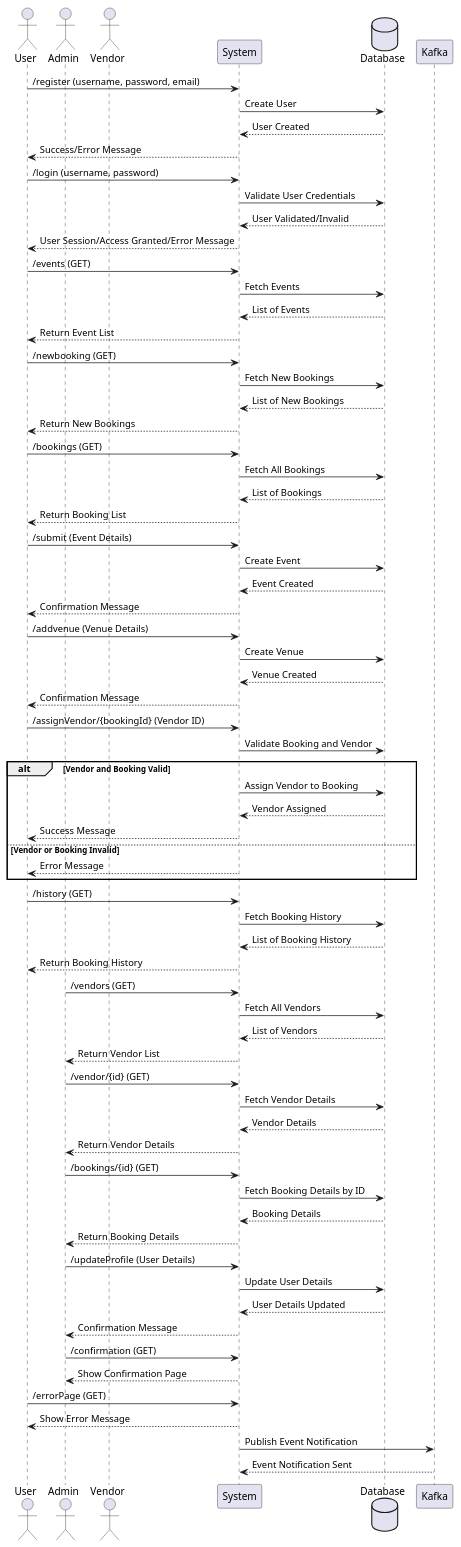
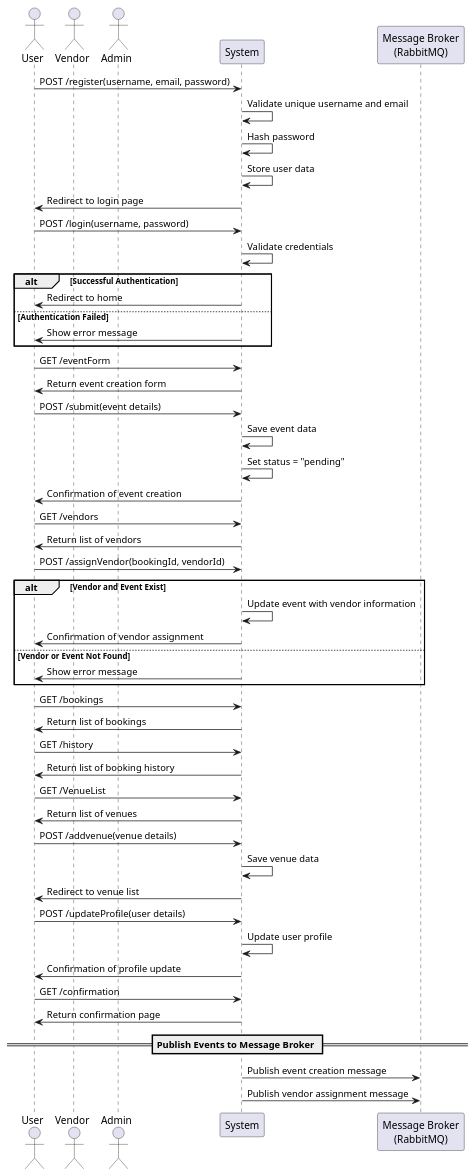
The diagram in design_document/Capstone-project.md (chandrakiran428/Capstone-project), drawn with PlantUML before and after one commit. The commit also changed other lines of this file, not shown here.

````diff
--- a/design_document/Capstone-project.md
+++ b/design_document/Capstone-project.md
@@ -63,90 +68,67 @@
 ```plantuml
 @startuml
 actor User
+actor Vendor
 actor Admin
-actor Vendor
-participant "System" as System
-database "Database" as DB
-participant "Kafka" as Kafka
+participant System
+participant "Message Broker\n(RabbitMQ)" as Broker
 
-User -> System : /register (username, password, email)
-System -> DB : Create User
-DB --> System : User Created
-System --> User : Success/Error Message
+User -> System : POST /register(username, email, password)
+System -> System : Validate unique username and email
+System -> System : Hash password
+System -> System : Store user data
+System -> User : Redirect to login page
 
-User -> System : /login (username, password)
-System -> DB : Validate User Credentials
-DB --> System : User Validated/Invalid
-System --> User : User Session/Access Granted/Error Message
-
-User -> System : /events (GET)
-System -> DB : Fetch Events
-DB --> System : List of Events
-System --> User : Return Event List
-
-User -> System : /newbooking (GET)
-System -> DB : Fetch New Bookings
-DB --> System : List of New Bookings
-System --> User : Return New Bookings
-
-User -> System : /bookings (GET)
-System -> DB : Fetch All Bookings
-DB --> System : List of Bookings
-System --> User : Return Booking List
-
-User -> System : /submit (Event Details)
-System -> DB : Create Event
-DB --> System : Event Created
-System --> User : Confirmation Message
-
-User -> System : /addvenue (Venue Details)
-System -> DB : Create Venue
-DB --> System : Venue Created
-System --> User : Confirmation Message
-
-User -> System : /assignVendor/{bookingId} (Vendor ID)
-System -> DB : Validate Booking and Vendor
-alt Vendor and Booking Valid
-    System -> DB : Assign Vendor to Booking
-    DB --> System : Vendor Assigned
-    System --> User : Success Message
-else Vendor or Booking Invalid
-    System --> User : Error Message
+User -> System : POST /login(username, password)
+System -> System : Validate credentials
+alt Successful Authentication
+    System -> User : Redirect to home
+else Authentication Failed
+    System -> User : Show error message
 end
 
-User -> System : /history (GET)
-System -> DB : Fetch Booking History
-DB --> System : List of Booking History
-System --> User : Return Booking History
+User -> System : GET /eventForm
+System -> User : Return event creation form
 
-Admin -> System : /vendors (GET)
-System -> DB : Fetch All Vendors
-DB --> System : List of Vendors
-System --> Admin : Return Vendor List
+User -> System : POST /submit(event details)
+System -> System : Save event data
+System -> System : Set status = "pending"
+System -> User : Confirmation of event creation
 
-Admin -> System : /vendor/{id} (GET)
-System -> DB : Fetch Vendor Details
-DB --> System : Vendor Details
-System --> Admin : Return Vendor Details
+User -> System : GET /vendors
+System -> User : Return list of vendors
 
-Admin -> System : /bookings/{id} (GET)
-System -> DB : Fetch Booking Details by ID
-DB --> System : Booking Details
-System --> Admin : Return Booking Details
+User -> System : POST /assignVendor(bookingId, vendorId)
+alt Vendor and Event Exist
+    System -> System : Update event with vendor information
+    System -> User : Confirmation of vendor assignment
+else Vendor or Event Not Found
+    System -> User : Show error message
+end
 
-Admin -> System : /updateProfile (User Details)
-System -> DB : Update User Details
-DB --> System : User Details Updated
-System --> Admin : Confirmation Message
+User -> System : GET /bookings
+System -> User : Return list of bookings
 
-Admin -> System : /confirmation (GET)
-System --> Admin : Show Confirmation Page
+User -> System : GET /history
+System -> User : Return list of booking history
 
-User -> System : /errorPage (GET)
-System --> User : Show Error Message
+User -> System : GET /VenueList
+System -> User : Return list of venues
 
-System -> Kafka : Publish Event Notification
-Kafka --> System : Event Notification Sent
+User -> System : POST /addvenue(venue details)
+System -> System : Save venue data
+System -> User : Redirect to venue list
+
+User -> System : POST /updateProfile(user details)
+System -> System : Update user profile
+System -> User : Confirmation of profile update
+
+User -> System : GET /confirmation
+System -> User : Return confirmation page
+
+== Publish Events to Message Broker ==
+System -> Broker : Publish event creation message
+System -> Broker : Publish vendor assignment message
 
 @enduml
 ```
````
